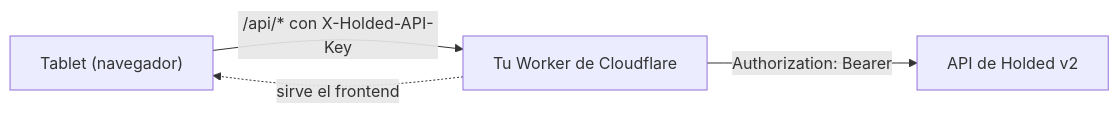
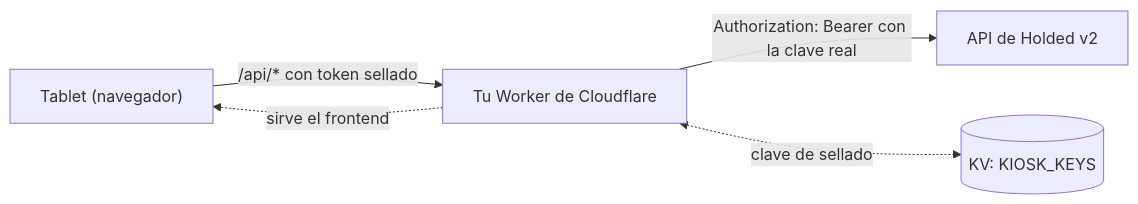
Before and after one commit to rubengargar/holdedkiosk: the diagram in README.md, drawn with Mermaid. The commit also changed other lines of this file and 13 other files, not shown here.

First line of the commit message:
Seal Holded API keys with AES-256-GCM so the tablet never stores a usable key

````diff
--- a/README.md
+++ b/README.md
@@ -41,6 +41,7 @@
 ```mermaid
 flowchart LR
-    T["Tablet (navegador)"] -->|"/api/* con X-Holded-API-Key"| W["Tu Worker de Cloudflare"]
-    W -->|"Authorization: Bearer"| H["API de Holded v2"]
+    T["Tablet (navegador)"] -->|"/api/* con token sellado"| W["Tu Worker de Cloudflare"]
+    W -->|"Authorization: Bearer con la clave real"| H["API de Holded v2"]
+    W <-.->|"clave de sellado"| K[("KV: KIOSK_KEYS")]
     W -.->|"sirve el frontend"| T
 ```
````
